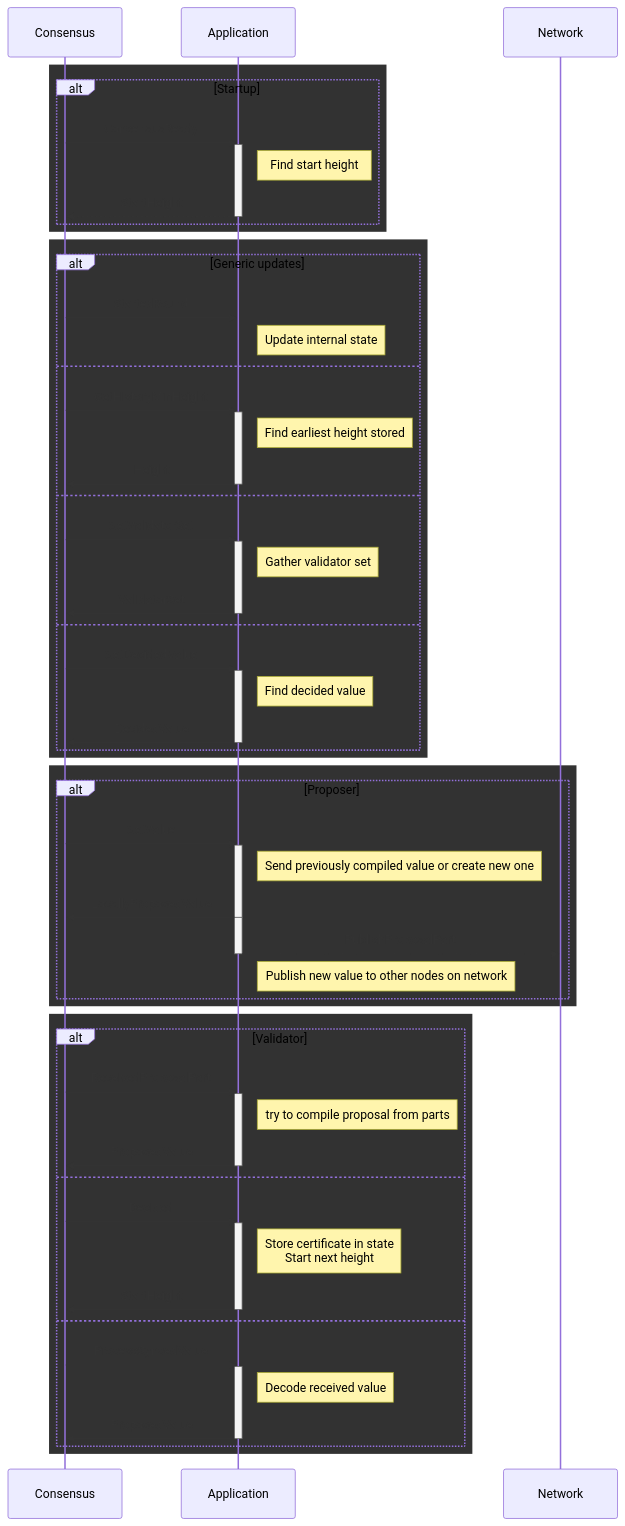
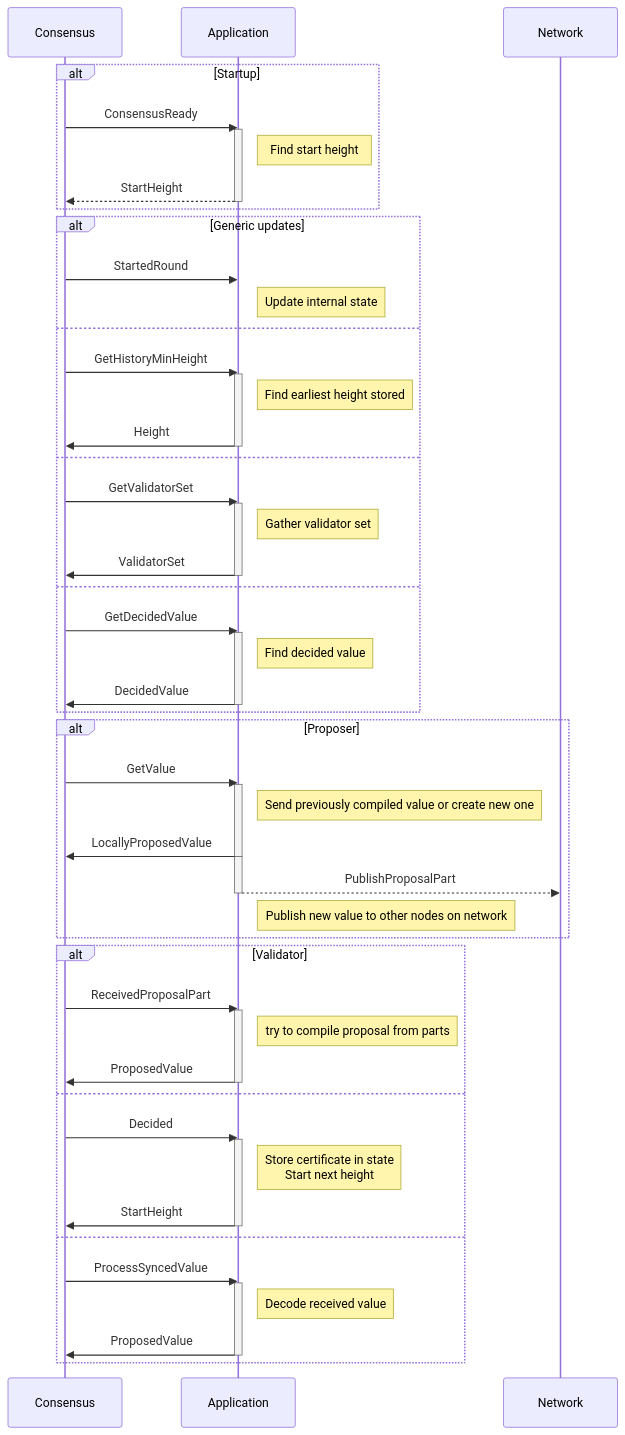
The second of 2 diagrams in docs/tutorials/channels.md (circlefin/malachite), drawn with Mermaid before and after one commit. The commit also changed other lines of this file, not shown here.

Commit message:
color fix in diagram

````diff
--- a/docs/tutorials/channels.md
+++ b/docs/tutorials/channels.md
@@ -409,74 +409,66 @@
 ```mermaid
 sequenceDiagram
 
-   rect rgb(50, 50, 50)
    alt Startup
    Consensus->>Application: ConsensusReady
    activate Application
    note right of Application: Find start height
    Application-->>Consensus: StartHeight
    deactivate Application
    end
-   end
 
-   rect rgb(50, 50, 50)
    alt Generic updates
    Consensus->>Application: StartedRound
    note right of Application: Update internal state
    else
    Consensus->>Application: GetHistoryMinHeight
    activate Application
    note right of Application: Find earliest height stored
    Application->>Consensus: Height
    deactivate Application
    else
    Consensus->>Application: GetValidatorSet
    activate Application
    note right of Application: Gather validator set
    Application->>Consensus: ValidatorSet
    deactivate Application
    else
    Consensus->>Application: GetDecidedValue
    activate Application
    note right of Application: Find decided value
    Application->>Consensus: DecidedValue
    deactivate Application
    end
-   end
 
-   rect rgb(50, 50, 50)
    alt Proposer
    Consensus->>Application: GetValue
    activate Application
    note right of Application: Send previously compiled value or create new one
    Application->>Consensus: LocallyProposedValue
    deactivate Application
    activate Application
    Application-->>Network: PublishProposalPart
    deactivate Application
    note right of Application: Publish new value to other nodes on network
    end
-   end
 
-   rect rgb(50, 50, 50)
    alt Validator
    Consensus->>Application: ReceivedProposalPart
    activate Application
    note right of Application: try to compile proposal from parts
    Application->>Consensus: ProposedValue
    deactivate Application
    else
    Consensus->>Application: Decided
    activate Application
    note right of Application: Store certificate in state<br>Start next height
    Application->>Consensus: StartHeight
    deactivate Application
    else
    Consensus->>Application: ProcessSyncedValue
    activate Application
    note right of Application: Decode received value
    Application->>Consensus: ProposedValue
    deactivate Application
    end
-   end
 ```
````
